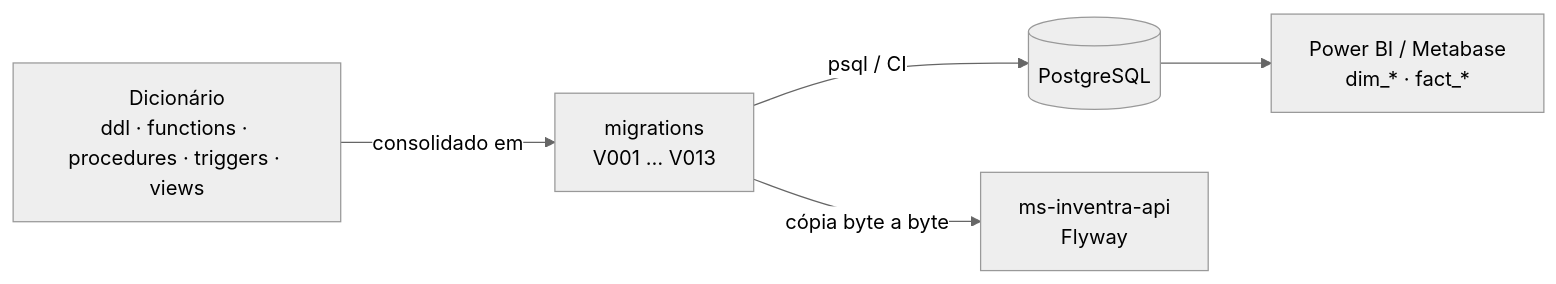
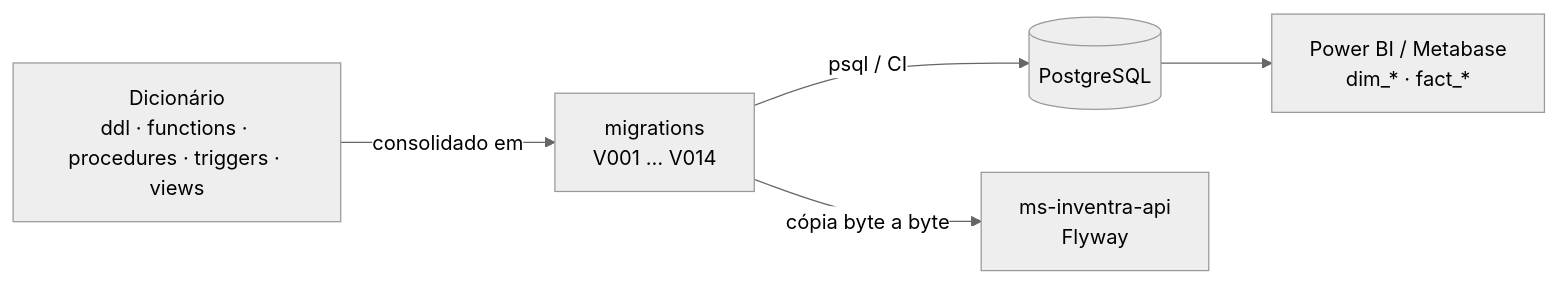
The diagram in README.md (InventraTech/inventra-data-modeling-2), drawn with Mermaid (neutral theme) before and after one commit. The commit also changed other lines of this file and 17 other files, not shown here.

````diff
--- a/README.md
+++ b/README.md
@@ -46,7 +46,7 @@
 ```mermaid
 flowchart LR
-    D["Dicionário<br/>ddl · functions · procedures · triggers · views"] -->|consolidado em| M["migrations<br/>V001 … V013"]
+    D["Dicionário<br/>ddl · functions · procedures · triggers · views"] -->|consolidado em| M["migrations<br/>V001 … V014"]
     M -->|psql / CI| DB[("PostgreSQL")]
     M -->|cópia byte a byte| API["ms-inventra-api<br/>Flyway"]
     DB --> BI["Power BI / Metabase<br/>dim_* · fact_*"]
 ```
````
